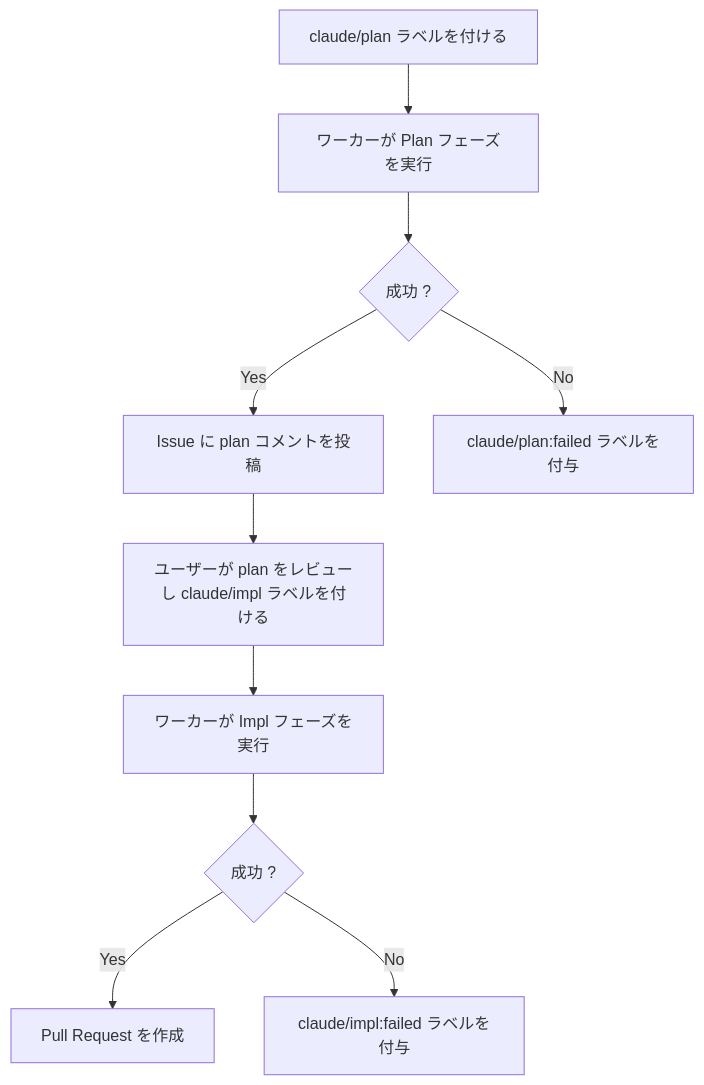
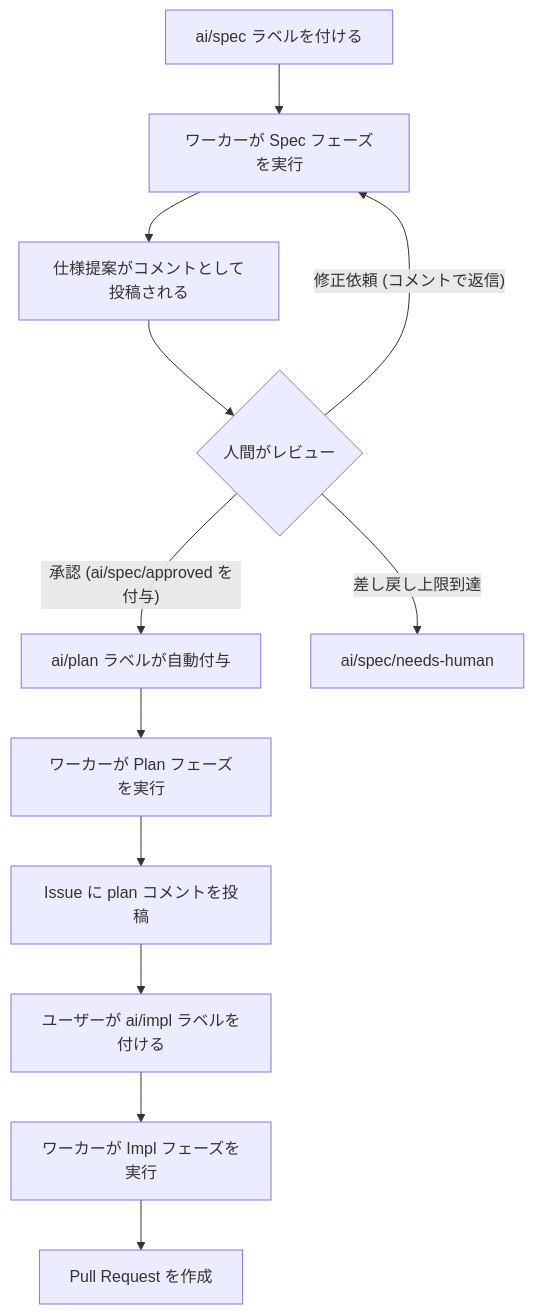
The first of 2 diagrams in README.ja.md (nonz250/sabori-flow), drawn with Mermaid before and after one commit. The commit also changed other lines of this file and 2 other files, not shown here.

First line of the commit message:
docs: update README, README.ja, and CLAUDE.md for spec phase

````diff
--- a/README.ja.md
+++ b/README.ja.md
@@ -154,12 +154,14 @@
 ```mermaid
 flowchart TD
-    A["claude/plan ラベルを付ける"] --> B["ワーカーが Plan フェーズを実行"]
-    B --> C{"成功 #quest;"}
-    C -- Yes --> D["Issue に plan コメントを投稿"]
-    C -- No --> E["claude/plan#colon;failed ラベルを付与"]
-    D --> F["ユーザーが plan をレビューし claude/impl ラベルを付ける"]
-    F --> G["ワーカーが Impl フェーズを実行"]
-    G --> H{"成功 #quest;"}
-    H -- Yes --> I["Pull Request を作成"]
-    H -- No --> J["claude/impl#colon;failed ラベルを付与"]
+    A["ai/spec ラベルを付ける"] --> B["ワーカーが Spec フェーズを実行"]
+    B --> C["仕様提案がコメントとして投稿される"]
+    C --> D{"人間がレビュー"}
+    D -- "承認 (ai/spec/approved を付与)" --> E["ai/plan ラベルが自動付与"]
+    D -- "修正依頼 (コメントで返信)" --> B
+    D -- "差し戻し上限到達" --> F["ai/spec/needs-human"]
+    E --> G["ワーカーが Plan フェーズを実行"]
+    G --> H["Issue に plan コメントを投稿"]
+    H --> I["ユーザーが ai/impl ラベルを付ける"]
+    I --> J["ワーカーが Impl フェーズを実行"]
+    J --> K["Pull Request を作成"]
 ```
````
